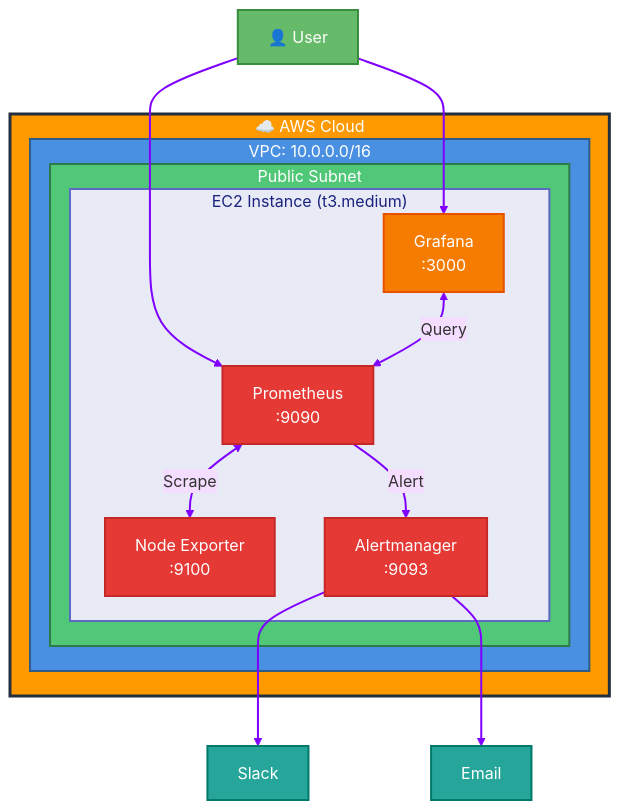
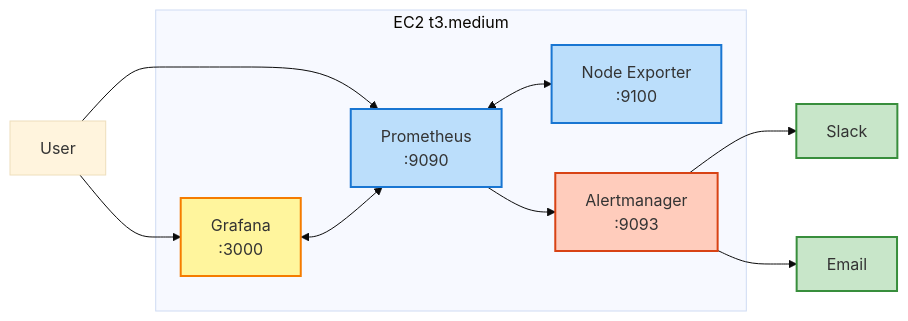
One commit to lokifr/AWS-monitoring-stack changed the diagram in README.md. Above: the diagram before and after it, drawn with Mermaid (base theme).

`````diff
--- a/README.md
+++ b/README.md
@@ -14,57 +14,33 @@
 ```mermaid
-graph TB
-    %% External Access
-    User["👤 User"]
+graph LR
+    User[User]
     
-    %% AWS Cloud
-    subgraph AWS["☁️ AWS Cloud"]
-        subgraph VPC["VPC: 10.0.0.0/16"]
-            subgraph Subnet["Public Subnet"]
-                
-                subgraph Server["EC2 Instance (t3.medium)"]
-                    NodeExp["Node Exporter<br/>:9100"]
-                    Prom["Prometheus<br/>:9090"]
-                    AlertMgr["Alertmanager<br/>:9093"]
-                    Graf["Grafana<br/>:3000"]
-                end
-                
-            end
-        end
+    subgraph EC2["EC2 t3.medium"]
+        NE[Node Exporter<br/>:9100]
+        P[Prometheus<br/>:9090]
+        AM[Alertmanager<br/>:9093]
+        G[Grafana<br/>:3000]
     end
     
-    %% External Services
-    Slack["Slack"]
-    Email["Email"]
+    S[Slack]
+    E[Email]
     
-    %% Data Flow
-    User --> Graf
-    User --> Prom
+    User --> G
+    User --> P
+    P <--> NE
+    G <--> P
+    P --> AM
+    AM --> S
+    AM --> E
     
-    Prom <-->|Scrape| NodeExp
-    Graf <-->|Query| Prom
-    Prom -->|Alert| AlertMgr
+    classDef tool fill:#bbdefb,stroke:#1976d2,stroke-width:2px
+    classDef alert fill:#ffccbc,stroke:#d84315,stroke-width:2px
+    classDef viz fill:#fff59d,stroke:#f57c00,stroke-width:2px
+    classDef notify fill:#c8e6c9,stroke:#388e3c,stroke-width:2px
     
-    AlertMgr --> Slack
-    AlertMgr --> Email
-    
-    linkStyle default stroke:#7F00FF,stroke-width:2px
-    %% Styling
-    classDef aws fill:#FF9900,stroke:#232F3E,stroke-width:3px,color:#FFF
-    classDef vpc fill:#4A90E2,stroke:#2E5C8A,stroke-width:2px,color:#FFF
-    classDef subnet fill:#50C878,stroke:#2D7A4A,stroke-width:2px,color:#FFF
-    classDef server fill:#E8EAF6,stroke:#5C6BC0,stroke-width:2px,color:#1A237E
-    classDef monitoring fill:#E53935,stroke:#C62828,stroke-width:2px,color:#FFF
-    classDef visualization fill:#F57C00,stroke:#E65100,stroke-width:2px,color:#FFF
-    classDef external fill:#26A69A,stroke:#00796B,stroke-width:2px,color:#FFF
-    classDef user fill:#66BB6A,stroke:#388E3C,stroke-width:2px,color:#FFF
-    
-    class AWS aws
-    class VPC vpc
-    class Subnet subnet
-    class Server server
-    class Prom,AlertMgr,NodeExp monitoring
-    class Graf visualization
-    class Slack,Email external
-    class User user
+    class NE,P tool
+    class AM alert
+    class G viz
+    class S,E notify
     
 ````
`````
